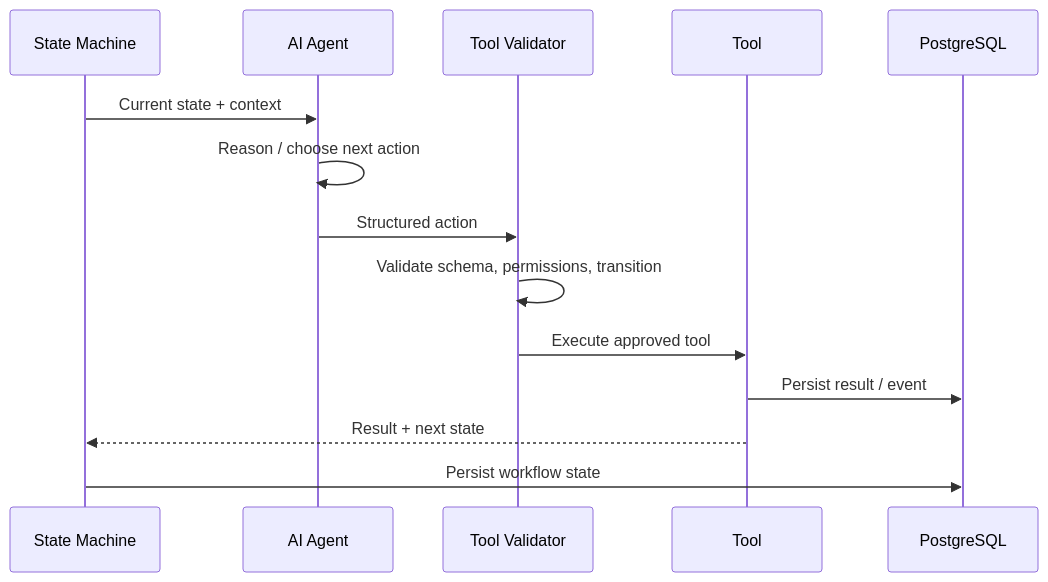
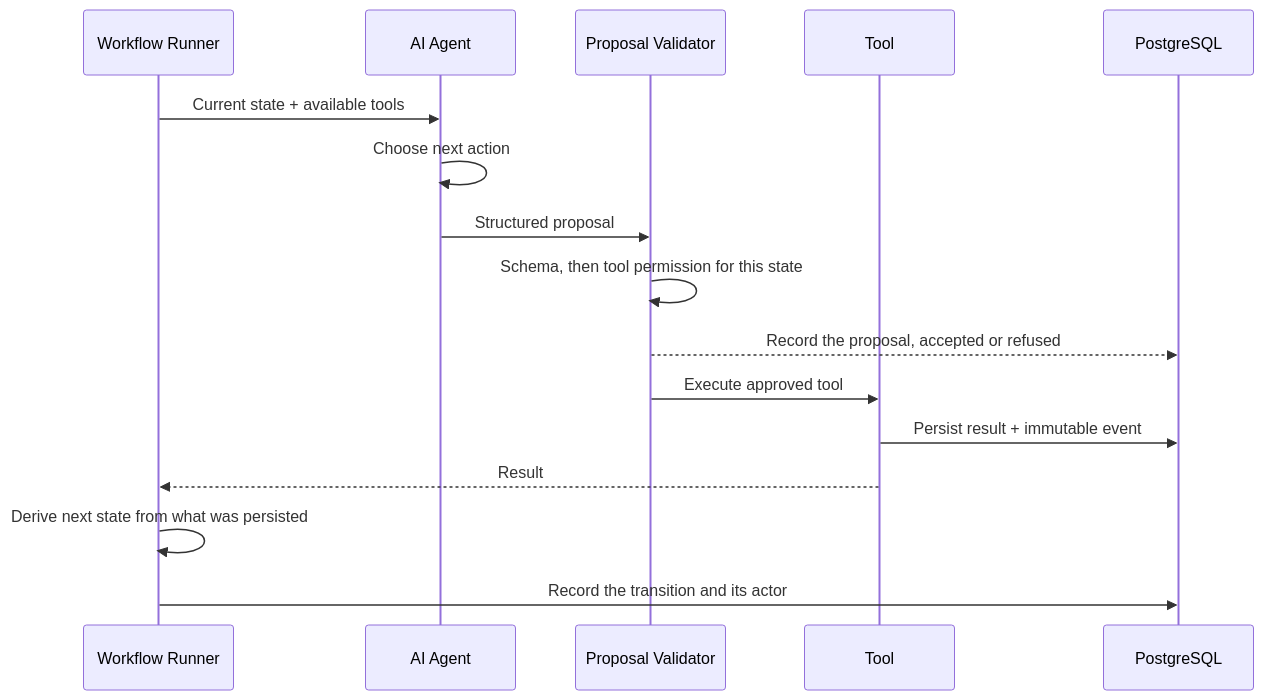
The second of 2 diagrams in docs/02-agent-workflow.md (jyotir07/Vero), drawn with Mermaid before and after one commit. The commit also changed other lines of this file and 8 other files, not shown here.

````diff
--- a/docs/02-agent-workflow.md
+++ b/docs/02-agent-workflow.md
@@ -35,17 +67,19 @@
 ```mermaid
 sequenceDiagram
-    participant WF as State Machine
+    participant WF as Workflow Runner
     participant A as AI Agent
-    participant V as Tool Validator
+    participant V as Proposal Validator
     participant T as Tool
     participant DB as PostgreSQL
 
-    WF->>A: Current state + context
-    A->>A: Reason / choose next action
-    A->>V: Structured action
-    V->>V: Validate schema, permissions, transition
+    WF->>A: Current state + available tools
+    A->>A: Choose next action
+    A->>V: Structured proposal
+    V->>V: Schema, then tool permission for this state
+    V-->>DB: Record the proposal, accepted or refused
     V->>T: Execute approved tool
-    T->>DB: Persist result / event
-    T-->>WF: Result + next state
-    WF->>DB: Persist workflow state
+    T->>DB: Persist result + immutable event
+    T-->>WF: Result
+    WF->>WF: Derive next state from what was persisted
+    WF->>DB: Record the transition and its actor
 ```
````
